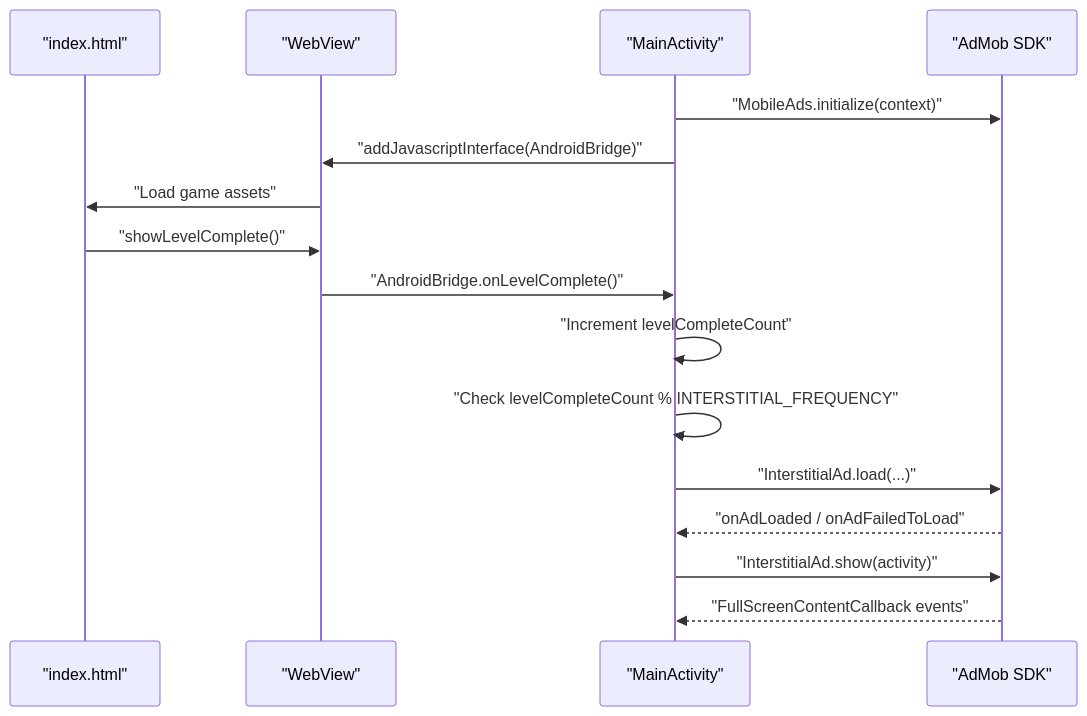
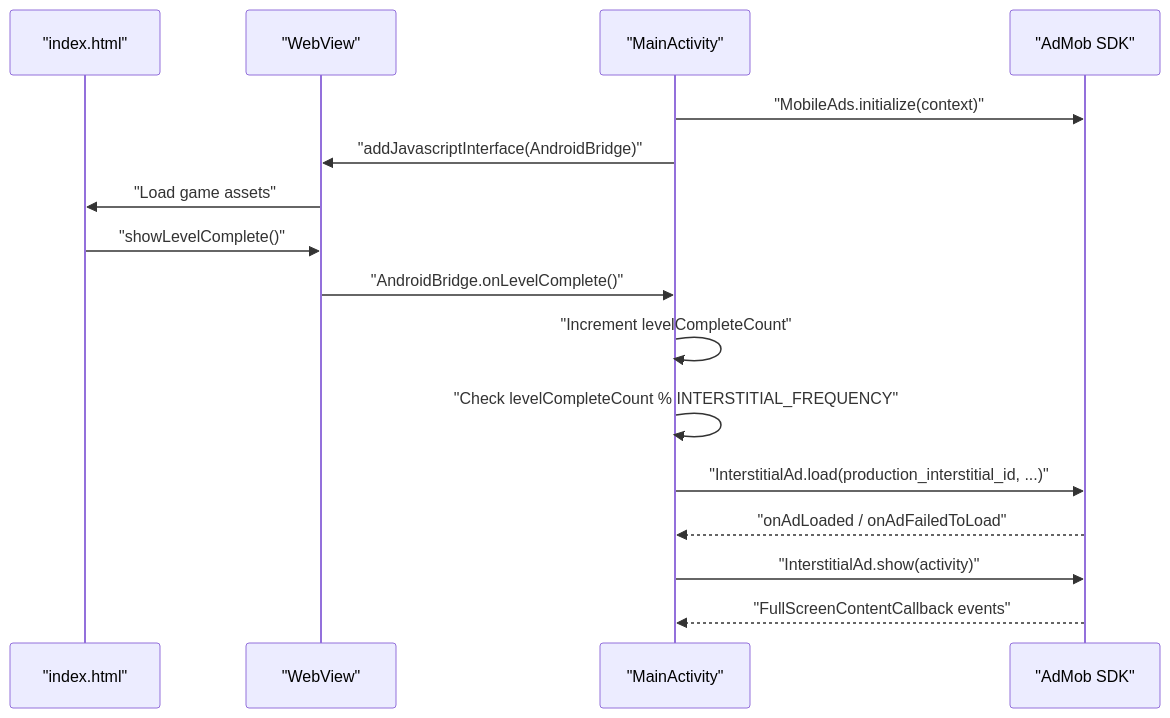
Before and after one commit to chetanck03/games: the second of 6 diagrams in .qoder/repowiki/en/content/AdMob Integration/AdMob Integration.md, drawn with Mermaid. The commit also changed other lines of this file and 5 other files, not shown here.

````diff
--- a/.qoder/repowiki/en/content/AdMob Integration/AdMob Integration.md
+++ b/.qoder/repowiki/en/content/AdMob Integration/AdMob Integration.md
@@ -83,18 +90,18 @@
 ```mermaid
 sequenceDiagram
 participant Game as "index.html"
 participant WebView as "WebView"
 participant Android as "MainActivity"
 participant AdMob as "AdMob SDK"
 Android->>AdMob : "MobileAds.initialize(context)"
 Android->>WebView : "addJavascriptInterface(AndroidBridge)"
 WebView->>Game : "Load game assets"
 Game->>WebView : "showLevelComplete()"
 WebView->>Android : "AndroidBridge.onLevelComplete()"
 Android->>Android : "Increment levelCompleteCount"
 Android->>Android : "Check levelCompleteCount % INTERSTITIAL_FREQUENCY"
-Android->>AdMob : "InterstitialAd.load(...)"
+Android->>AdMob : "InterstitialAd.load(production_interstitial_id, ...)"
 AdMob-->>Android : "onAdLoaded / onAdFailedToLoad"
 Android->>AdMob : "InterstitialAd.show(activity)"
 AdMob-->>Android : "FullScreenContentCallback events"
 ```
````
